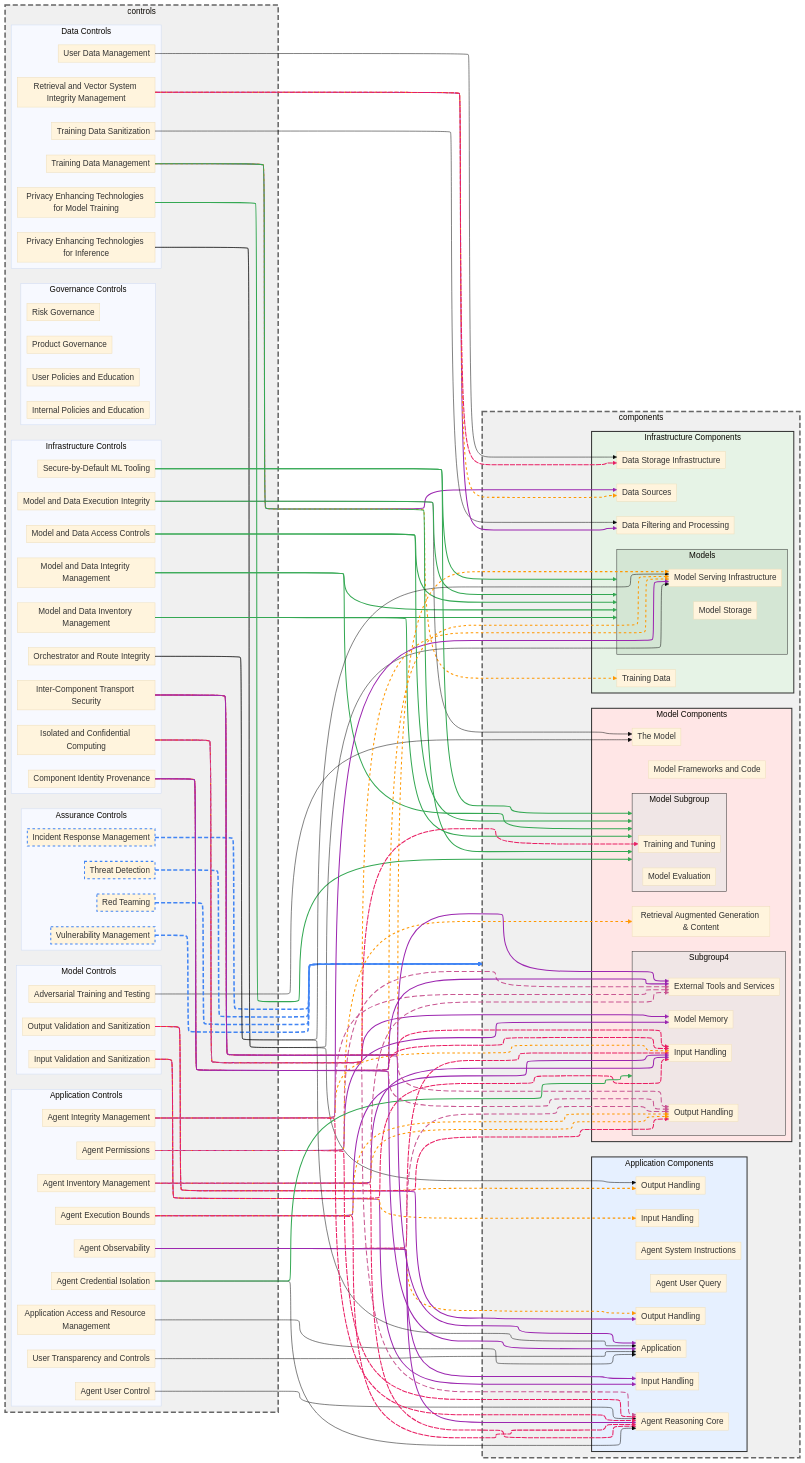
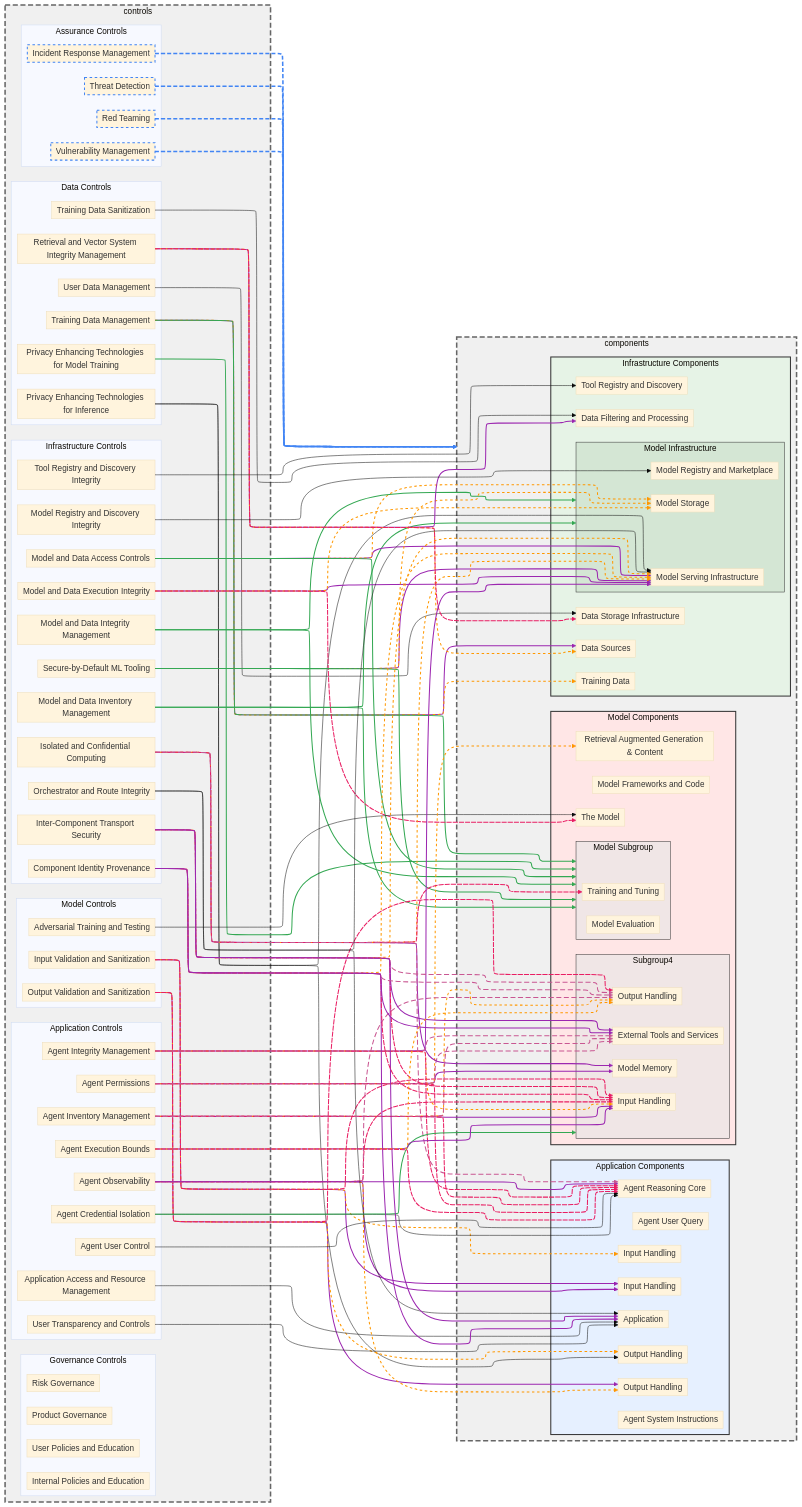
One commit to davidlabianca/secure-ai-tooling changed the diagram in risk-map/diagrams/controls-graph.md. Above: the diagram before and after it, drawn with Mermaid (base theme). The commit also changed 21 other files, not shown here.

````diff
--- a/risk-map/diagrams/controls-graph.md
+++ b/risk-map/diagrams/controls-graph.md
@@ -30,8 +30,10 @@
         controlModelAndDataExecutionIntegrity[Model and Data Execution Integrity]
         controlModelAndDataIntegrityManagement[Model and Data Integrity Management]
         controlModelAndDataInventoryManagement[Model and Data Inventory Management]
+        controlModelRegistryIntegrity[Model Registry and Discovery Integrity]
         controlOrchestratorAndRouteIntegrity[Orchestrator and Route Integrity]
         controlSecureByDefaultMLTooling[Secure-by-Default ML Tooling]
+        controlToolRegistryandDiscoveryIntegrity[Tool Registry and Discovery Integrity]
     end
 
     subgraph controlsModel ["Model Controls"]
@@ -74,8 +76,10 @@
         componentDataFilteringAndProcessing[Data Filtering and Processing]
         componentDataSources[Data Sources]
         componentDataStorage[Data Storage Infrastructure]
+        componentToolRegistry[Tool Registry and Discovery]
         componentTrainingData[Training Data]
-        subgraph componentsModels ["Models"]
+        subgraph componentsModelInfrastructure ["Model Infrastructure"]
+            componentModelRegistry[Model Registry and Marketplace]
             componentModelServing[Model Serving Infrastructure]
             componentModelStorage[Model Storage]
         end
@@ -119,16 +123,19 @@
     controlTrainingDataManagement --> componentsModelSubgroup
     controlTrainingDataSanitization --> componentDataFilteringAndProcessing
     controlUserDataManagement --> componentDataStorage
+    controlModelAndDataInventoryManagement --> componentsModelInfrastructure
     controlModelAndDataInventoryManagement --> componentsModelSubgroup
-    controlModelAndDataInventoryManagement --> componentsModels
+    controlModelAndDataAccessControls --> componentModelServing
+    controlModelAndDataAccessControls --> componentModelStorage
     controlModelAndDataAccessControls --> componentsModelSubgroup
-    controlModelAndDataAccessControls --> componentsModels
+    controlModelAndDataIntegrityManagement --> componentsModelInfrastructure
     controlModelAndDataIntegrityManagement --> componentsModelSubgroup
-    controlModelAndDataIntegrityManagement --> componentsModels
+    controlModelAndDataExecutionIntegrity --> componentModelServing
+    controlModelAndDataExecutionIntegrity --> componentModelStorage
     controlModelAndDataExecutionIntegrity --> componentTheModel
-    controlModelAndDataExecutionIntegrity --> componentsModels
+    controlSecureByDefaultMLTooling --> componentModelServing
+    controlSecureByDefaultMLTooling --> componentModelStorage
     controlSecureByDefaultMLTooling --> componentsModelSubgroup
-    controlSecureByDefaultMLTooling --> componentsModels
     controlInputValidationAndSanitization --> componentAgentInputHandling
     controlInputValidationAndSanitization --> componentApplicationInputHandling
     controlInputValidationAndSanitization --> componentOrchestrationInputHandling
@@ -184,6 +191,8 @@
     controlAgentExecutionBounds --> componentOrchestrationInputHandling
     controlAgentExecutionBounds --> componentOrchestrationOutputHandling
     controlAgentExecutionBounds --> componentReasoningCore
+    controlModelRegistryIntegrity --> componentModelRegistry
+    controlToolRegistryandDiscoveryIntegrity --> componentToolRegistry
 
     %% Apply styling to controls mapped to 'all'
     controlIncidentResponseManagement:::allControl
@@ -192,12 +201,12 @@
     controlVulnerabilityManagement:::allControl
 
     %% Edge styling
-    linkStyle 32,33,34,35 stroke:#4285f4,stroke-width:3px,stroke-dasharray: 8 4
-    linkStyle 0,5,8,9,10,11,12,13,15,16,17,59 stroke:#34a853,stroke-width:2px
-    linkStyle 3,18,21,28,36,40,41,45,50,54,60,64,65,69,70 stroke:#9c27b0,stroke-width:2px
-    linkStyle 4,19,22,29,37,42,46,51,55,61,66,71 stroke:#ff9800,stroke-width:2px,stroke-dasharray: 5 5
-    linkStyle 20,23,30,38,43,47,52,56,62,67,72 stroke:#e91e63,stroke-width:2px,stroke-dasharray: 10 2
-    linkStyle 31,39,44,53,57,63,68 stroke:#C95792,stroke-width:2px,stroke-dasharray: 10 5
+    linkStyle 35,36,37,38 stroke:#4285f4,stroke-width:3px,stroke-dasharray: 8 4
+    linkStyle 0,5,8,9,12,13,14,20,62 stroke:#34a853,stroke-width:2px
+    linkStyle 3,10,15,18,21,24,31,39,43,44,48,53,57,63,67,68,72,73 stroke:#9c27b0,stroke-width:2px
+    linkStyle 4,11,16,19,22,25,32,40,45,49,54,58,64,69,74 stroke:#ff9800,stroke-width:2px,stroke-dasharray: 5 5
+    linkStyle 17,23,26,33,41,46,50,55,59,65,70,75 stroke:#e91e63,stroke-width:2px,stroke-dasharray: 10 2
+    linkStyle 34,42,47,56,60,66,71 stroke:#C95792,stroke-width:2px,stroke-dasharray: 10 5
 
 %% Node style definitions
     style components fill:#f0f0f0,stroke:#666666,stroke-width:3px,stroke-dasharray: 10 5
@@ -205,7 +214,7 @@
     style componentsInfrastructure fill:#e6f3e6,stroke:#333333,stroke-width:2px
     style componentsApplication fill:#e6f0ff,stroke:#333333,stroke-width:2px
     style componentsModel fill:#ffe6e6,stroke:#333333,stroke-width:2px
-    style componentsModels fill:#d4e6d4,stroke:#333,stroke-width:1px
+    style componentsModelInfrastructure fill:#d4e6d4,stroke:#333,stroke-width:1px
     style componentsModelSubgroup fill:#f0e6e6,stroke:#333,stroke-width:1px
     style componentsSubgroup4 fill:#f0e6e6,stroke:#333,stroke-width:1px
 ```
````
